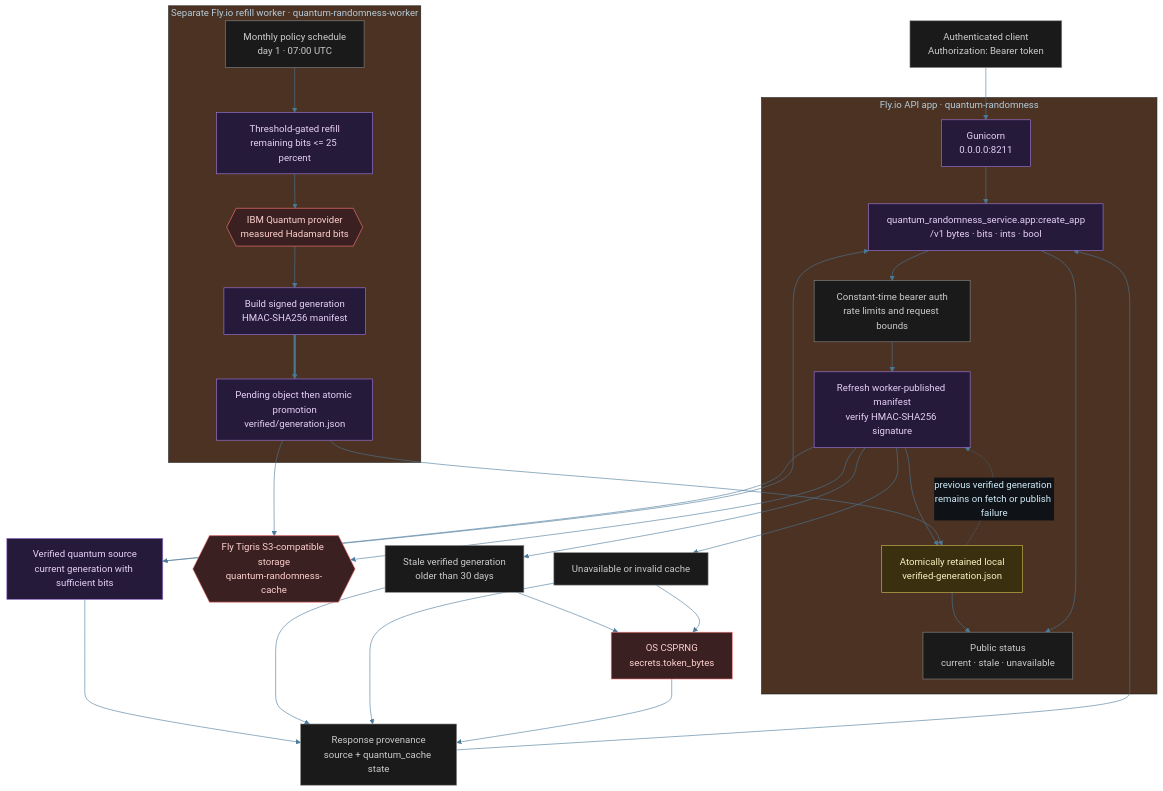
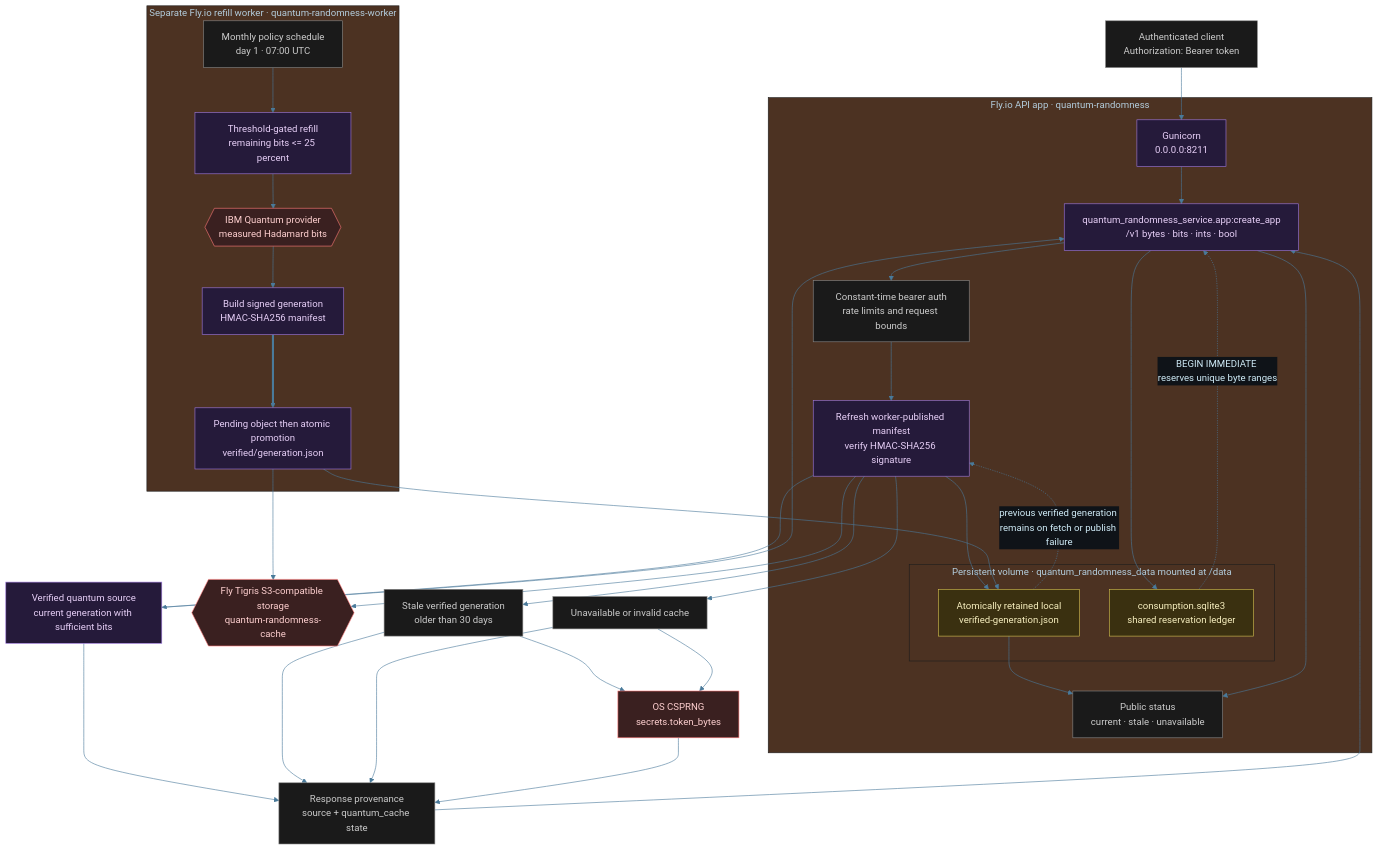
One commit to tylerdrakemusic/Quantum changed the diagram in diagrams/quantum-randomness-service.mmd. Above: the diagram before and after it, drawn with Mermaid. The commit also changed 4 other files, not shown here.

```diff
--- a/diagrams/quantum-randomness-service.mmd
+++ b/diagrams/quantum-randomness-service.mmd
@@ -1,68 +1,73 @@
 %%{init: {'theme': 'base', 'themeVariables': {'primaryColor': '#1a2e3a', 'primaryTextColor': '#d0ecf8', 'edgeLabelBackground': '#0f1318', 'lineColor': '#4a7a9a'}}}%%
 %% is_derived_view=true
 %% Traceability.parent: diagrams/quantum-architecture.mmd
 %% Scope: authenticated Fly.io API and worker-owned verified cache publication
 graph TB
     Client[Authenticated client<br/>Authorization: Bearer token]:::state
 
     subgraph API["Fly.io API app · quantum-randomness"]
         Gunicorn[Gunicorn<br/>0.0.0.0:8211]:::quantum
         Flask[quantum_randomness_service.app:create_app<br/>/v1 bytes · bits · ints · bool]:::quantum
         Auth[Constant-time bearer auth<br/>rate limits and request bounds]:::state
         Refresh[Refresh worker-published manifest<br/>verify HMAC-SHA256 signature]:::quantum
-        Retained[Atomically retained local<br/>verified-generation.json]:::db
+        subgraph Volume["Persistent volume · quantum_randomness_data mounted at /data"]
+            Retained[Atomically retained local<br/>verified-generation.json]:::db
+            Consumption[consumption.sqlite3<br/>shared reservation ledger]:::db
+        end
         APIStatus[Public status<br/>current · stale · unavailable]:::state
     end
 
     subgraph Worker["Separate Fly.io refill worker · quantum-randomness-worker"]
         Schedule[Monthly policy schedule<br/>day 1 · 07:00 UTC]:::state
         Refill[Threshold-gated refill<br/>remaining bits <= 25 percent]:::quantum
         IBM{{IBM Quantum provider<br/>measured Hadamard bits}}:::ext
         Sign[Build signed generation<br/>HMAC-SHA256 manifest]:::quantum
         Publish[Pending object then atomic promotion<br/>verified/generation.json]:::quantum
     end
 
     Tigris{{Fly Tigris S3-compatible storage<br/>quantum-randomness-cache}}:::ext
     Quantum[Verified quantum source<br/>current generation with sufficient bits]:::quantum
     Stale[Stale verified generation<br/>older than 30 days]:::state
     Unavailable[Unavailable or invalid cache]:::state
     CSPRNG[OS CSPRNG<br/>secrets.token_bytes]:::ext
     Provenance[Response provenance<br/>source + quantum_cache state]:::state
 
     Client --> Gunicorn
     Gunicorn --> Flask
     Flask --> Auth
     Auth --> Refresh
     Refresh --> Tigris
     Refresh --> Retained
+    Flask --> Consumption
+    Consumption -.->|"BEGIN IMMEDIATE reserves unique byte ranges"| Flask
     Retained --> APIStatus
     Flask --> APIStatus
     Refresh --> Quantum
     Refresh --> Stale
     Refresh --> Unavailable
     Quantum --> Provenance
     Stale --> Provenance
     Unavailable --> Provenance
     Quantum --> Flask
     Stale --> CSPRNG
     Unavailable --> CSPRNG
     CSPRNG --> Provenance
     Provenance --> Flask
     Schedule --> Refill
     Refill --> IBM
     IBM --> Sign
     Sign ==> Publish
     Publish --> Tigris
     Publish --> Retained
     Retained -.->|"previous verified generation remains on fetch or publish failure"| Refresh
 
 classDef life     fill:#1a2e3a,stroke:#6ab4d4,color:#d0ecf8
 classDef music    fill:#3a1a24,stroke:#d47a8f,color:#f8d0dc
 classDef quantum  fill:#251a3a,stroke:#a07adf,color:#e8d0f8
 classDef manifest fill:#3a2e1a,stroke:#d4a96a,color:#f8ead0
 classDef ws       fill:#1a3a30,stroke:#6ad4b4,color:#d0f8ee
 classDef tyler    fill:#2a1a3a,stroke:#9e4aff,color:#fff
 classDef ext      fill:#3a2020,stroke:#ff7a7a,color:#ffd0d0
 classDef db       fill:#3a3010,stroke:#d4c050,color:#f8f0c0
 classDef state    fill:#1a1a1a,stroke:#888888,color:#cccccc
 classDef store    fill:#1a3a30,stroke:#6ad4b4,color:#d0f8ee
```
